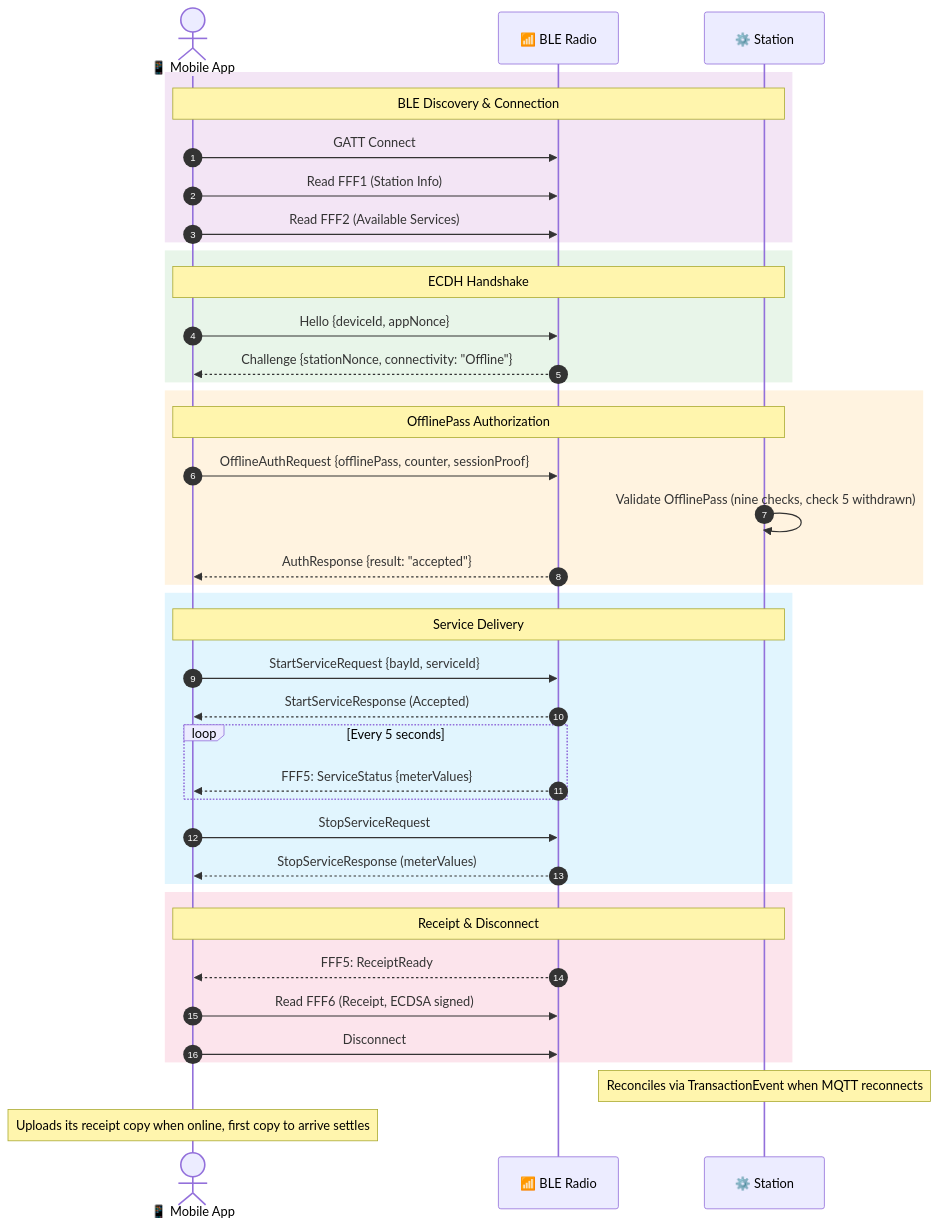
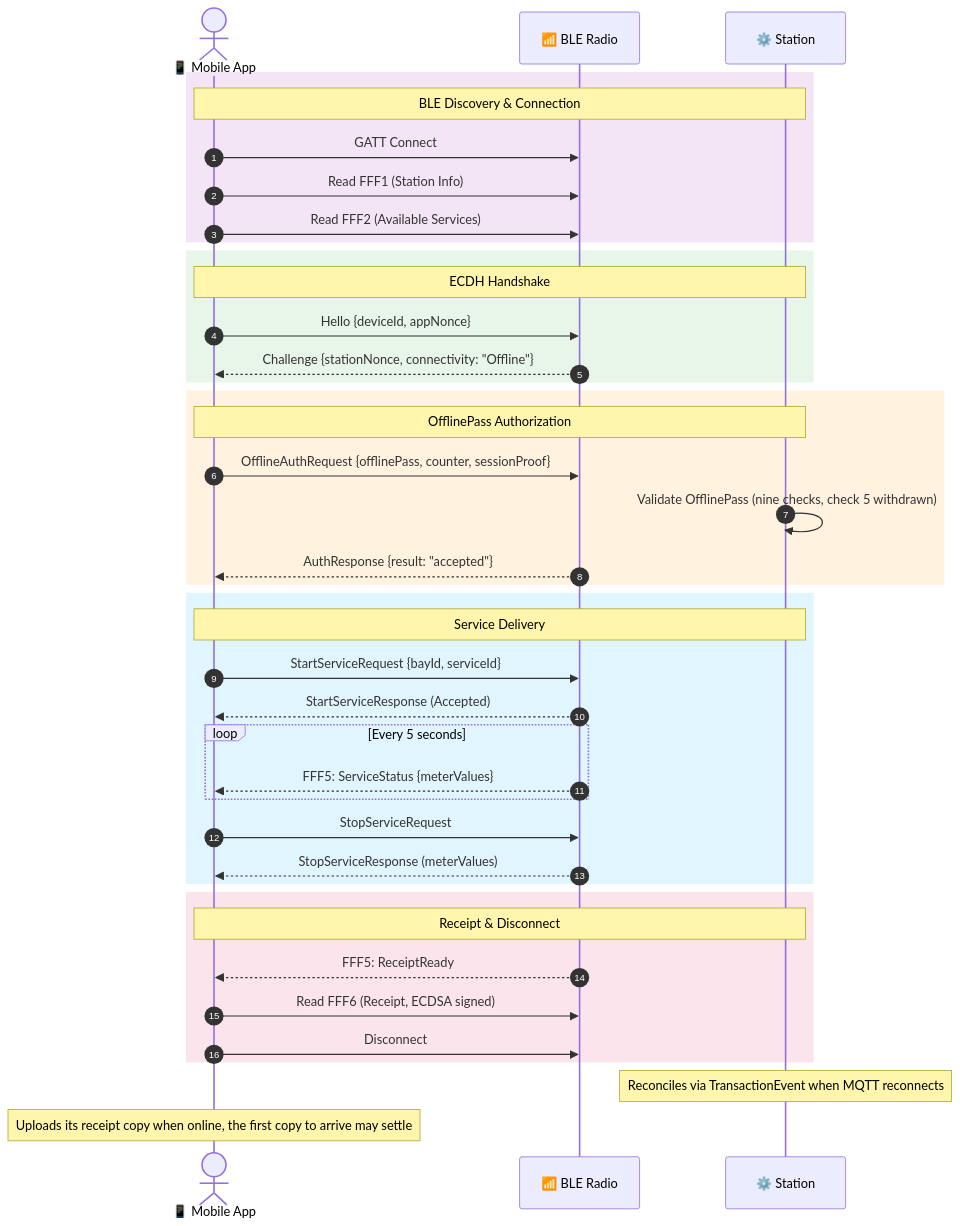
Before and after one commit to ospp-org/spec: the sixth of 7 diagrams in diagrams/README.md, drawn with Mermaid. The commit also changed 30 other files, not shown here.

````diff
--- a/diagrams/README.md
+++ b/diagrams/README.md
@@ -242,49 +242,49 @@
 ```mermaid
 sequenceDiagram
     autonumber
 
     actor User as 📱 Mobile App
     participant BLE as 📶 BLE Radio
     participant Station as ⚙️ Station
 
     rect rgb(243, 229, 245)
         Note over User,Station: BLE Discovery & Connection
         User->>BLE: GATT Connect
         User->>BLE: Read FFF1 (Station Info)
         User->>BLE: Read FFF2 (Available Services)
     end
 
     rect rgb(232, 245, 233)
         Note over User,Station: ECDH Handshake
         User->>BLE: Hello {deviceId, appNonce}
         BLE-->>User: Challenge {stationNonce, connectivity: "Offline"}
     end
 
     rect rgb(255, 243, 224)
         Note over User,Station: OfflinePass Authorization
         User->>BLE: OfflineAuthRequest {offlinePass, counter, sessionProof}
         Station->>Station: Validate OfflinePass (nine checks, check 5 withdrawn)
         BLE-->>User: AuthResponse {result: "accepted"}
     end
 
     rect rgb(225, 245, 254)
         Note over User,Station: Service Delivery
         User->>BLE: StartServiceRequest {bayId, serviceId}
         BLE-->>User: StartServiceResponse (Accepted)
         loop Every 5 seconds
             BLE-->>User: FFF5: ServiceStatus {meterValues}
         end
         User->>BLE: StopServiceRequest
         BLE-->>User: StopServiceResponse (meterValues)
     end
 
     rect rgb(252, 228, 236)
         Note over User,Station: Receipt & Disconnect
         BLE-->>User: FFF5: ReceiptReady
         User->>BLE: Read FFF6 (Receipt, ECDSA signed)
         User->>BLE: Disconnect
     end
 
     Note over Station: Reconciles via TransactionEvent when MQTT reconnects
-    Note over User: Uploads its receipt copy when online, first copy to arrive settles
+    Note over User: Uploads its receipt copy when online, the first copy to arrive may settle
 ```
````
